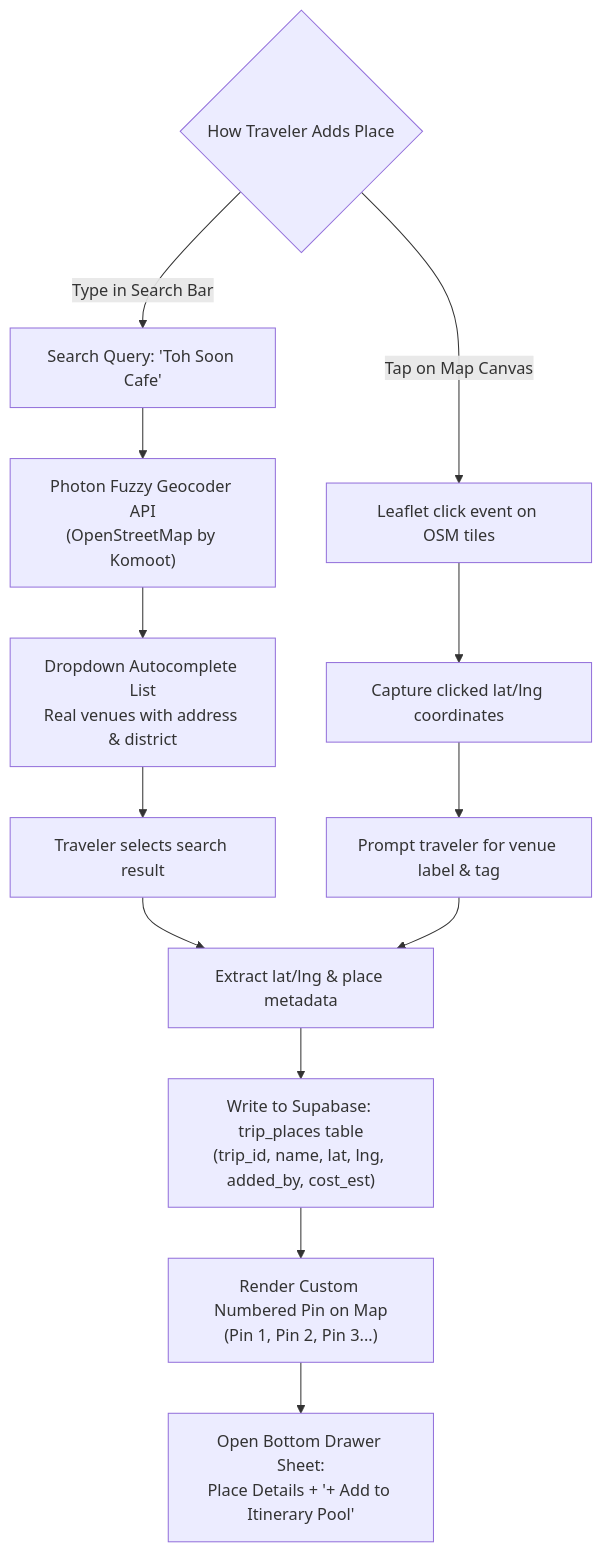
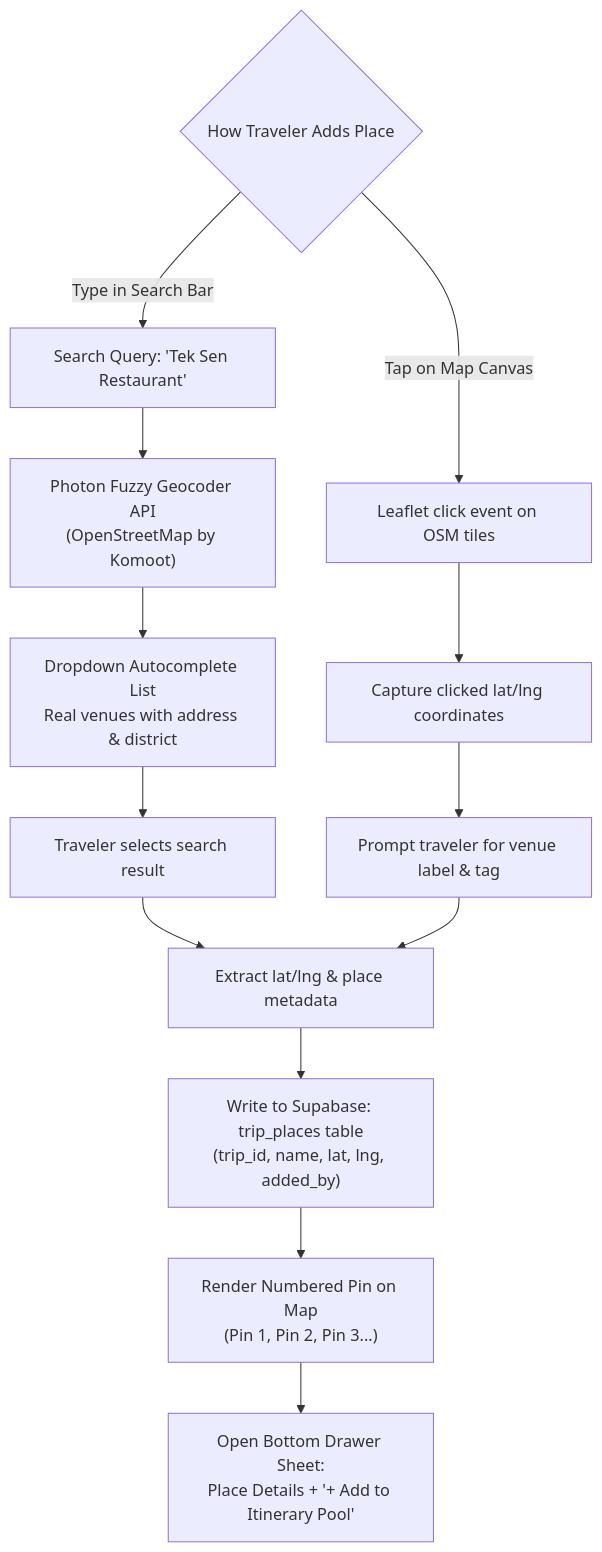
Before and after one commit to nlzce/We-are-the-champions_Plan-B: the sixth of 15 diagrams in README.md, drawn with Mermaid. The commit also changed other lines of this file, not shown here.

Commit message:
docs: align README structure, key screens, and user flow exactly with Figma UI design

````diff
--- a/README.md
+++ b/README.md
@@ -333,19 +336,19 @@
 ```mermaid
 flowchart TD
   UserAction{"How Traveler Adds Place"}
   
-  UserAction -->|Type in Search Bar| SearchInput["Search Query: 'Toh Soon Cafe'"]
+  UserAction -->|Type in Search Bar| SearchInput["Search Query: 'Tek Sen Restaurant'"]
   SearchInput --> PhotonAPI["Photon Fuzzy Geocoder API<br/>(OpenStreetMap by Komoot)"]
   PhotonAPI --> AutocompleteList["Dropdown Autocomplete List<br/>Real venues with address & district"]
   AutocompleteList --> SelectResult["Traveler selects search result"]
   SelectResult --> ExtractCoords["Extract lat/lng & place metadata"]
 
   UserAction -->|Tap on Map Canvas| MapClick["Leaflet click event on OSM tiles"]
   MapClick --> ClickCoords["Capture clicked lat/lng coordinates"]
   ClickCoords --> PromptName["Prompt traveler for venue label & tag"]
   PromptName --> ExtractCoords
 
-  ExtractCoords --> SaveDB["Write to Supabase: trip_places table<br/>(trip_id, name, lat, lng, added_by, cost_est)"]
-  SaveDB --> RenderMap["Render Custom Numbered Pin on Map<br/>(Pin 1, Pin 2, Pin 3...)"]
+  ExtractCoords --> SaveDB["Write to Supabase: trip_places table<br/>(trip_id, name, lat, lng, added_by)"]
+  SaveDB --> RenderMap["Render Numbered Pin on Map<br/>(Pin 1, Pin 2, Pin 3...)"]
   RenderMap --> Drawer["Open Bottom Drawer Sheet:<br/>Place Details + '+ Add to Itinerary Pool'"]
 ```
````
